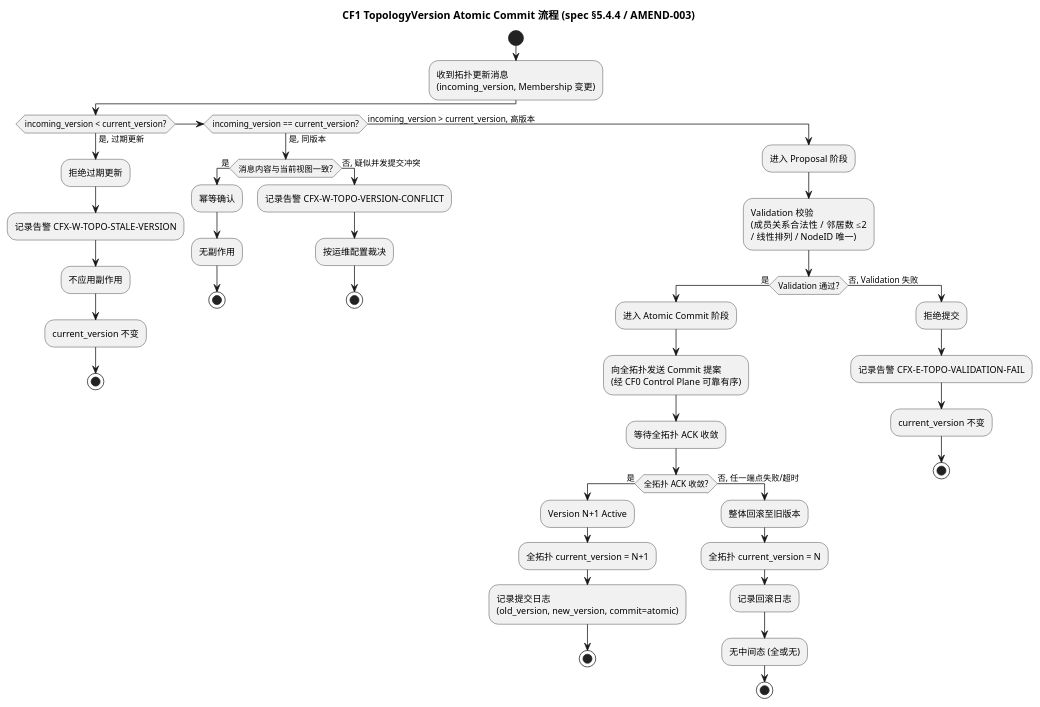
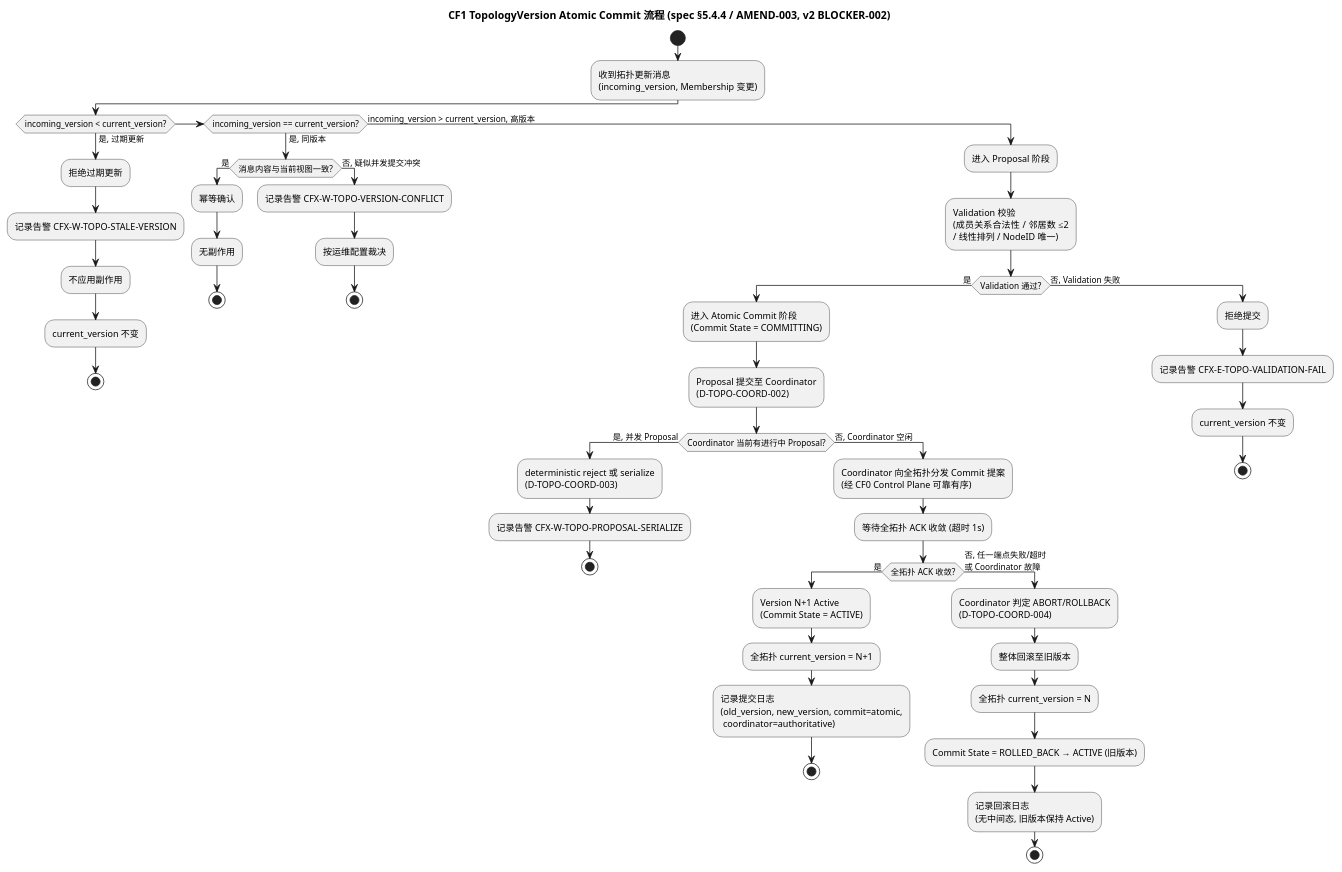
Before and after one commit to wujupeng/CrossFlow-X: the fourth of 7 diagrams in docs/cf1_endpoint_disc/design.md, drawn with PlantUML. The commit also changed other lines of this file, not shown here.

Commit message:
docs(cf1): revise design.md v2 — fix 2 blockers (session fence + topology commit authority)

````diff
--- a/docs/cf1_endpoint_disc/design.md
+++ b/docs/cf1_endpoint_disc/design.md
@@ -683,51 +688,61 @@
 ```plantuml
 @startuml
-title CF1 TopologyVersion Atomic Commit 流程 (spec §5.4.4 / AMEND-003)
+title CF1 TopologyVersion Atomic Commit 流程 (spec §5.4.4 / AMEND-003, v2 BLOCKER-002)
 
 start
 :收到拓扑更新消息\n(incoming_version, Membership 变更);
 
 if (incoming_version < current_version?) then (是, 过期更新)
   :拒绝过期更新;
   :记录告警 CFX-W-TOPO-STALE-VERSION;
   :不应用副作用;
   :current_version 不变;
   stop
 elseif (incoming_version == current_version?) then (是, 同版本)
   if (消息内容与当前视图一致?) then (是)
     :幂等确认;
     :无副作用;
     stop
   else (否, 疑似并发提交冲突)
     :记录告警 CFX-W-TOPO-VERSION-CONFLICT;
     :按运维配置裁决;
     stop
   endif
 else (incoming_version > current_version, 高版本)
   :进入 Proposal 阶段;
   :Validation 校验\n(成员关系合法性 / 邻居数 ≤2\n/ 线性排列 / NodeID 唯一);
   if (Validation 通过?) then (是)
-    :进入 Atomic Commit 阶段;
-    :向全拓扑发送 Commit 提案\n(经 CF0 Control Plane 可靠有序);
-    :等待全拓扑 ACK 收敛;
-    if (全拓扑 ACK 收敛?) then (是)
-      :Version N+1 Active;
-      :全拓扑 current_version = N+1;
-      :记录提交日志\n(old_version, new_version, commit=atomic);
+    :进入 Atomic Commit 阶段\n(Commit State = COMMITTING);
+
+    ' === v2 BLOCKER-002: Topology Commit Authority 单协调者模型 ===
+    :Proposal 提交至 Coordinator\n(D-TOPO-COORD-002);
+    if (Coordinator 当前有进行中 Proposal?) then (是, 并发 Proposal)
+      :deterministic reject 或 serialize\n(D-TOPO-COORD-003);
+      :记录告警 CFX-W-TOPO-PROPOSAL-SERIALIZE;
       stop
-    else (否, 任一端点失败/超时)
-      :整体回滚至旧版本;
-      :全拓扑 current_version = N;
-      :记录回滚日志;
-      :无中间态 (全或无);
-      stop
+    else (否, Coordinator 空闲)
+      :Coordinator 向全拓扑分发 Commit 提案\n(经 CF0 Control Plane 可靠有序);
+      :等待全拓扑 ACK 收敛 (超时 1s);
+      if (全拓扑 ACK 收敛?) then (是)
+        :Version N+1 Active\n(Commit State = ACTIVE);
+        :全拓扑 current_version = N+1;
+        :记录提交日志\n(old_version, new_version, commit=atomic,\n coordinator=authoritative);
+        stop
+      else (否, 任一端点失败/超时\n或 Coordinator 故障)
+        :Coordinator 判定 ABORT/ROLLBACK\n(D-TOPO-COORD-004);
+        :整体回滚至旧版本;
+        :全拓扑 current_version = N;
+        :Commit State = ROLLED_BACK → ACTIVE (旧版本);
+        :记录回滚日志\n(无中间态, 旧版本保持 Active);
+        stop
+      endif
     endif
   else (否, Validation 失败)
     :拒绝提交;
     :记录告警 CFX-E-TOPO-VALIDATION-FAIL;
     :current_version 不变;
     stop
   endif
 endif
 @enduml
 ```
````
